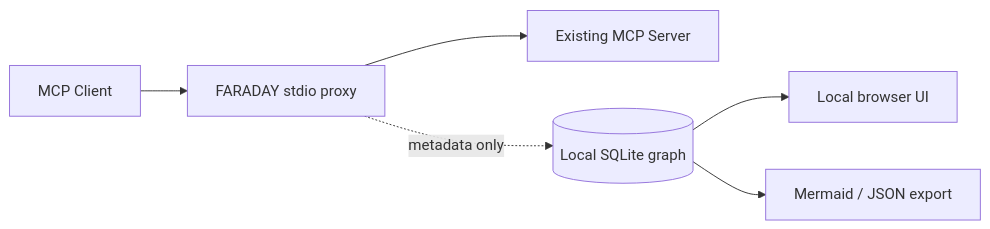
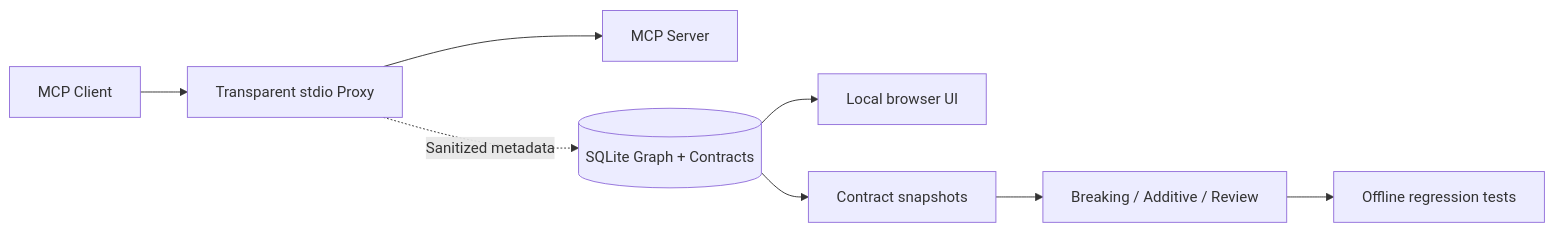
Before and after one commit to jandromani/faraday: the diagram in agentic/README.md, drawn with Mermaid. The commit also changed other lines of this file and 14 other files, not shown here.

Commit message:
feat(agentic): Build 004 contracts, impact analysis, offline regression, plug-and-use CLI and tests

````diff
--- a/agentic/README.md
+++ b/agentic/README.md
@@ -102,8 +115,10 @@
 ```mermaid
 flowchart LR
-  C[MCP Client] --> P[FARADAY stdio proxy]
-  P --> S[Existing MCP Server]
-  P -. metadata only .-> DB[(Local SQLite graph)]
-  DB --> V[Local browser UI]
-  DB --> EX[Mermaid / JSON export]
+  Client[MCP Client] --> Proxy[Transparent stdio Proxy]
+  Proxy --> Real[MCP Server]
+  Proxy -. Sanitized metadata .-> DB[(SQLite Graph + Contracts)]
+  DB --> UI[Local browser UI]
+  DB --> Snapshot[Contract snapshots]
+  Snapshot --> Diff[Breaking / Additive / Review]
+  Diff --> Tests[Offline regression tests]
 ```
````
